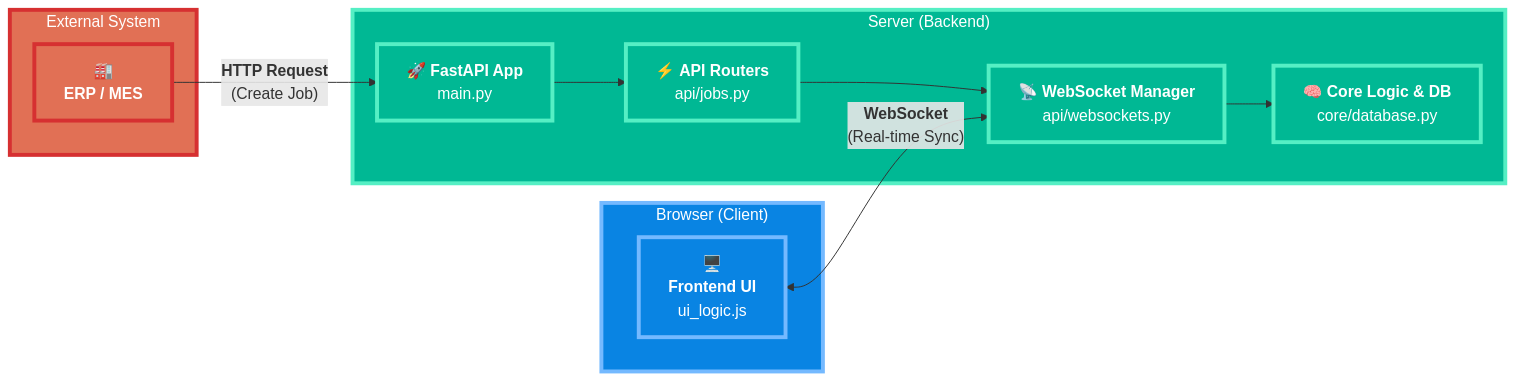
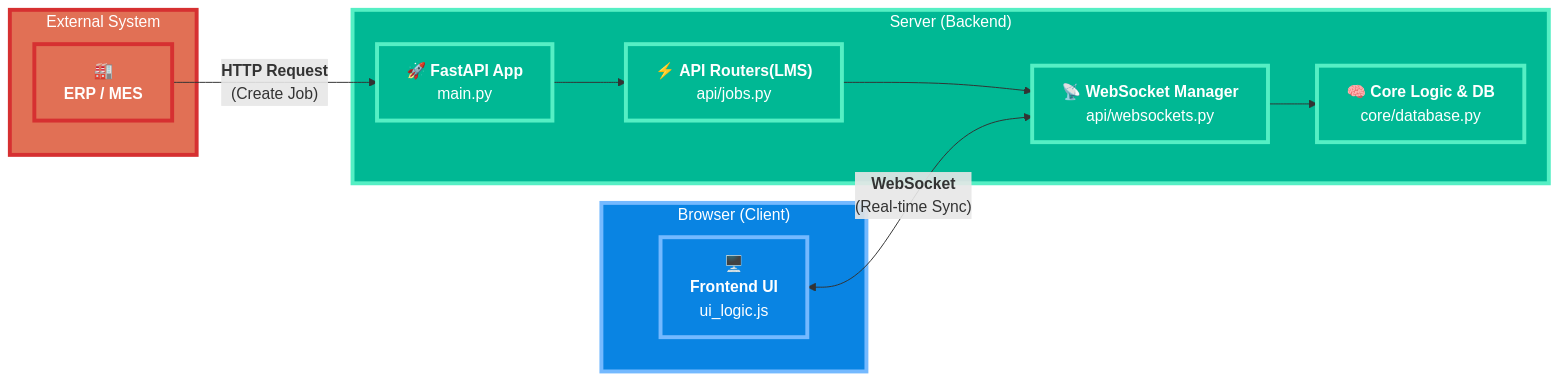
Before and after one commit to Krittapas2546/RFID-smart-shelf: the fifth of 9 diagrams in README.md, drawn with Mermaid. The commit also changed other lines of this file, not shown here.

````diff
--- a/README.md
+++ b/README.md
@@ -380,33 +380,33 @@
 ```mermaid
 flowchart LR
     subgraph EXT["External System"]
         A["🏭<br/><b>ERP / MES</b>"]
     end
     
     subgraph CLIENT["Browser (Client)"]
         B["🖥️<br/><b>Frontend UI</b><br/>ui_logic.js"]
     end
     
     subgraph SERVER["Server (Backend)"]
         C["🚀 <b>FastAPI App</b><br/>main.py"]
-        D["⚡ <b>API Routers</b><br/>api/jobs.py"]
+        D["⚡ <b>API Routers(LMS)</b><br/>api/jobs.py"]
         E["📡 <b>WebSocket Manager</b><br/>api/websockets.py"]
         F["🧠 <b>Core Logic & DB</b><br/>core/database.py"]
         
         C --> D
         D --> E
         E --> F
     end
     
     A -->|"<b>HTTP Request</b><br/>(Create Job)"| C
     B <-->|"<b>WebSocket</b><br/>(Real-time Sync)"| E
     
     %% High contrast styling
     classDef external fill:#e17055,stroke:#d63031,stroke-width:4px,color:#ffffff
     classDef client fill:#0984e3,stroke:#74b9ff,stroke-width:4px,color:#ffffff
     classDef server fill:#00b894,stroke:#55efc4,stroke-width:4px,color:#ffffff
     
     class EXT,A external
     class CLIENT,B client
     class SERVER,C,D,E,F server
 ```
````
